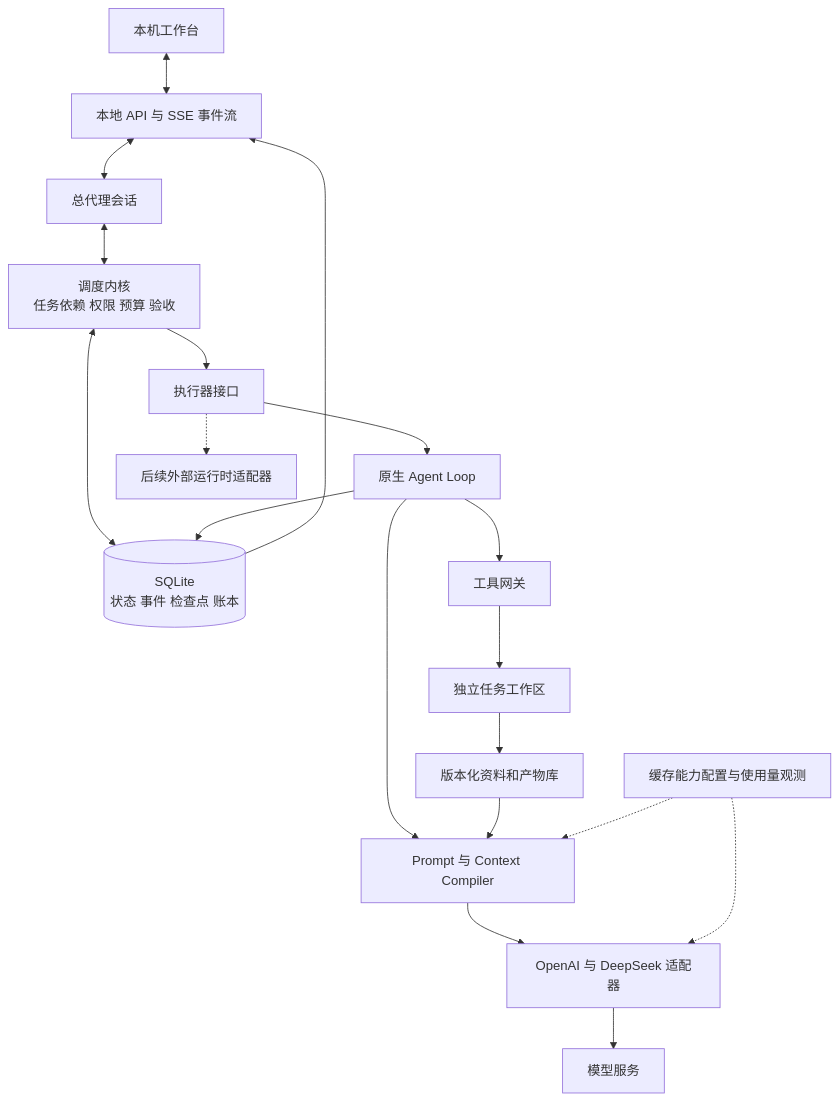
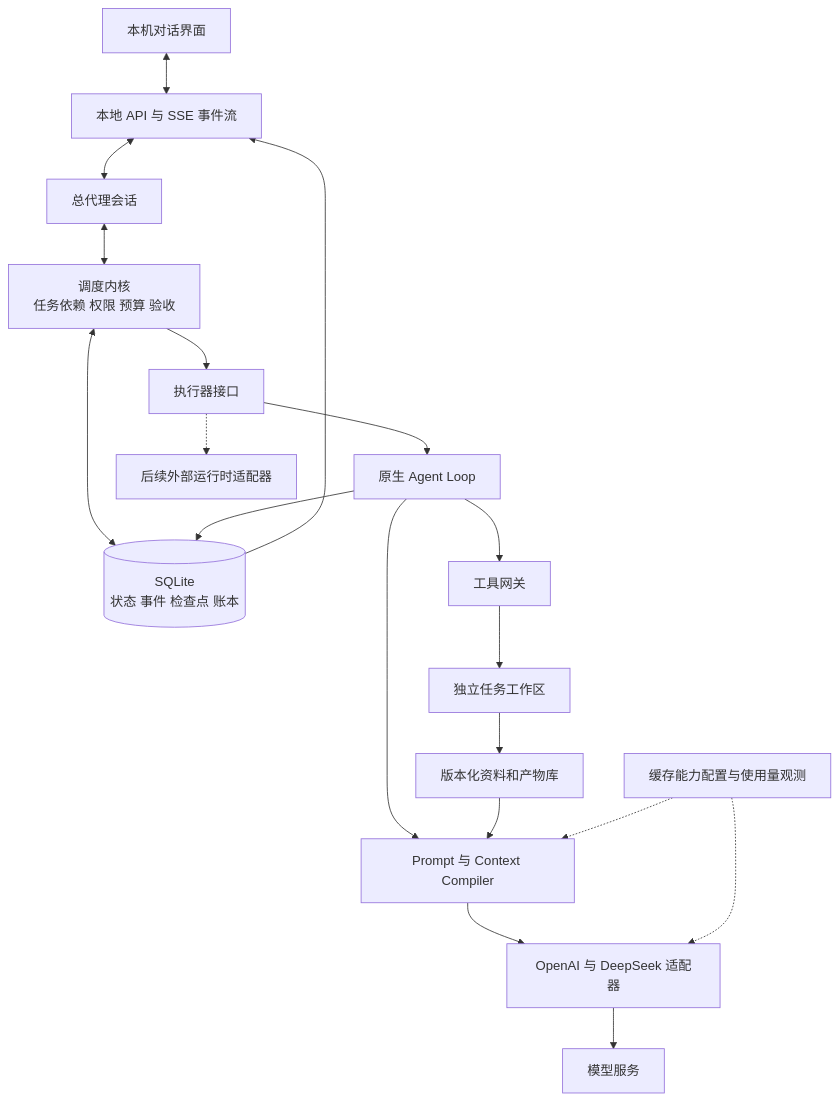
One commit to lyts825/Elysia changed the diagram in docs/EXECUTION.md. Above: the diagram before and after it, drawn with Mermaid. The commit also changed other lines of this file and 41 other files, not shown here.

````diff
--- a/docs/EXECUTION.md
+++ b/docs/EXECUTION.md
@@ -32,21 +32,21 @@
 ```mermaid
 flowchart TB
-    UI[本机工作台] <--> API[本地 API 与 SSE 事件流]
+    UI[本机对话界面] <--> API[本地 API 与 SSE 事件流]
     API <--> CO[总代理会话]
     CO <--> K[调度内核\n任务依赖 权限 预算 验收]
     K <--> DB[(SQLite\n状态 事件 检查点 账本)]
     K --> EX[执行器接口]
     EX --> N[原生 Agent Loop]
     N --> CC[Prompt 与 Context Compiler]
     CC --> PA[OpenAI 与 DeepSeek 适配器]
     PA --> LLM[模型服务]
     N --> TG[工具网关]
     TG --> WS[独立任务工作区]
     WS --> AS[版本化资料和产物库]
     AS --> CC
     N --> DB
     DB --> API
     CP[缓存能力配置与使用量观测] -.-> CC
     CP -.-> PA
     EX -.-> FUT[后续外部运行时适配器]
 ```
````
